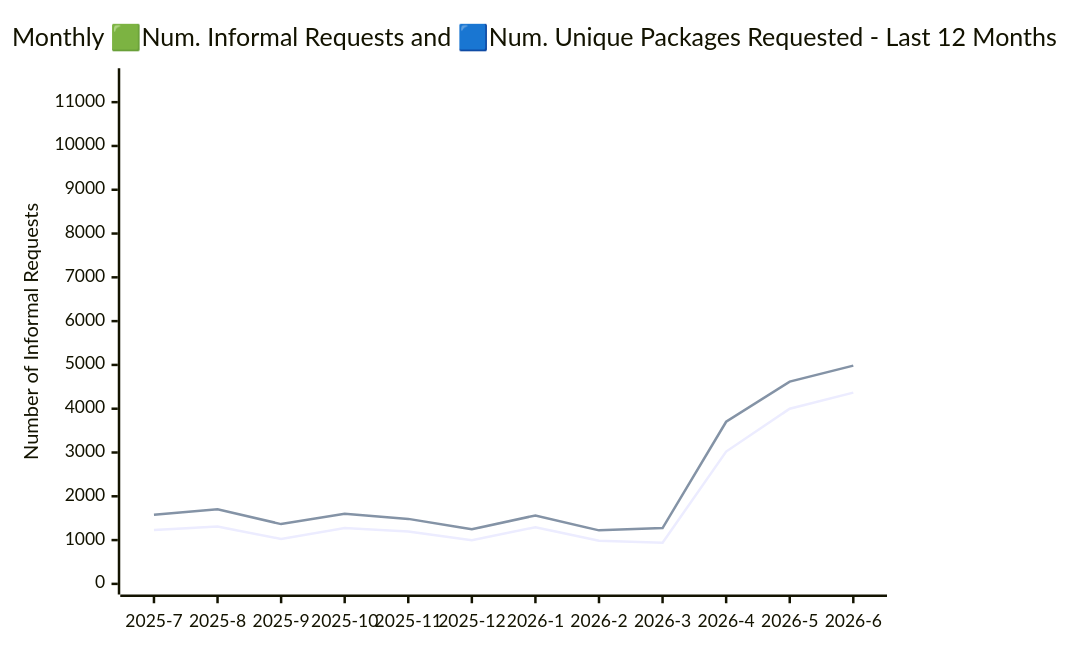
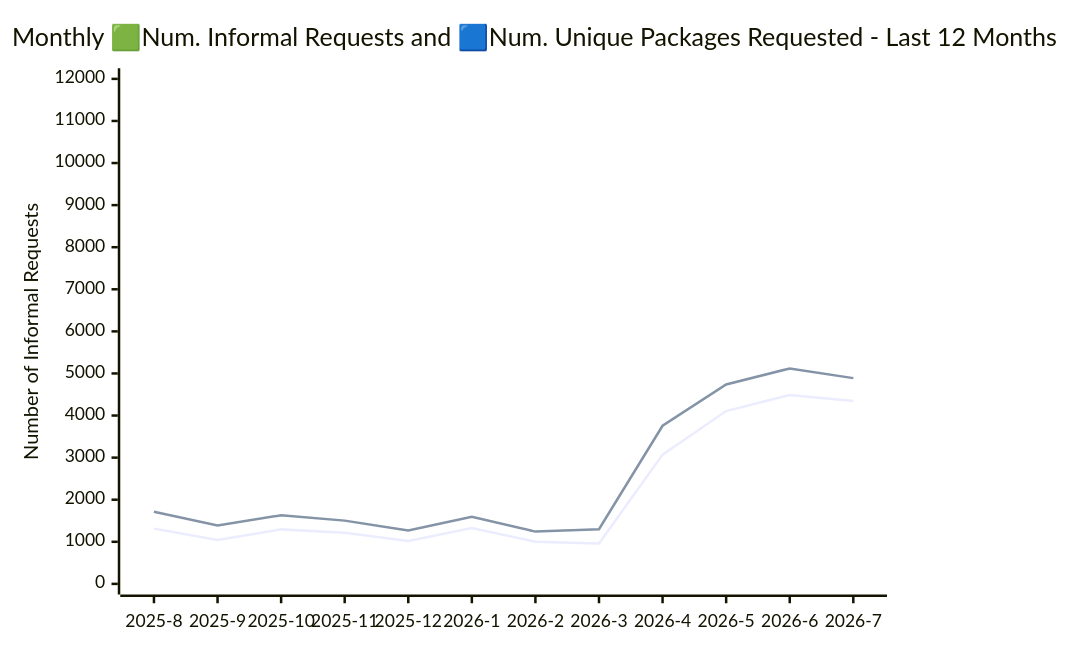
Before and after one commit to open-data/analytics-corporate-reporting: the diagram in ATI_INFORMAL_REPORT/readme.md, drawn with Mermaid. The commit also changed other lines of this file and 5 other files, not shown here.

````diff
--- a/ATI_INFORMAL_REPORT/readme.md
+++ b/ATI_INFORMAL_REPORT/readme.md
@@ -17,11 +17,11 @@
 ```mermaid
 
 xychart-beta
     title "Monthly 🟩Num. Informal Requests and 🟦Num. Unique Packages Requested - Last 12 Months"
-    x-axis [2025-7, 2025-8, 2025-9, 2025-10, 2025-11, 2025-12, 2026-1, 2026-2, 2026-3, 2026-4, 2026-5, 2026-6]
-    y-axis "Unique Packages" 0 --> 8955
-    y-axis "Number of Informal Requests" 0 --> 11532
+    x-axis [2025-8, 2025-9, 2025-10, 2025-11, 2025-12, 2026-1, 2026-2, 2026-3, 2026-4, 2026-5, 2026-6, 2026-7]
+    y-axis "Unique Packages" 0 --> 9414
+    y-axis "Number of Informal Requests" 0 --> 12000
 
-    line [1233, 1308, 1026, 1274, 1194, 999, 1295, 983, 939, 3021, 4001, 4367]
-    line [1581, 1706, 1365, 1603, 1484, 1246, 1563, 1222, 1275, 3702, 4618, 4984]
+    line [1313, 1041, 1295, 1212, 1020, 1326, 1002, 960, 3071, 4107, 4489, 4346]
+    line [1712, 1387, 1630, 1503, 1268, 1596, 1242, 1298, 3758, 4738, 5119, 4889]
 ```
````
